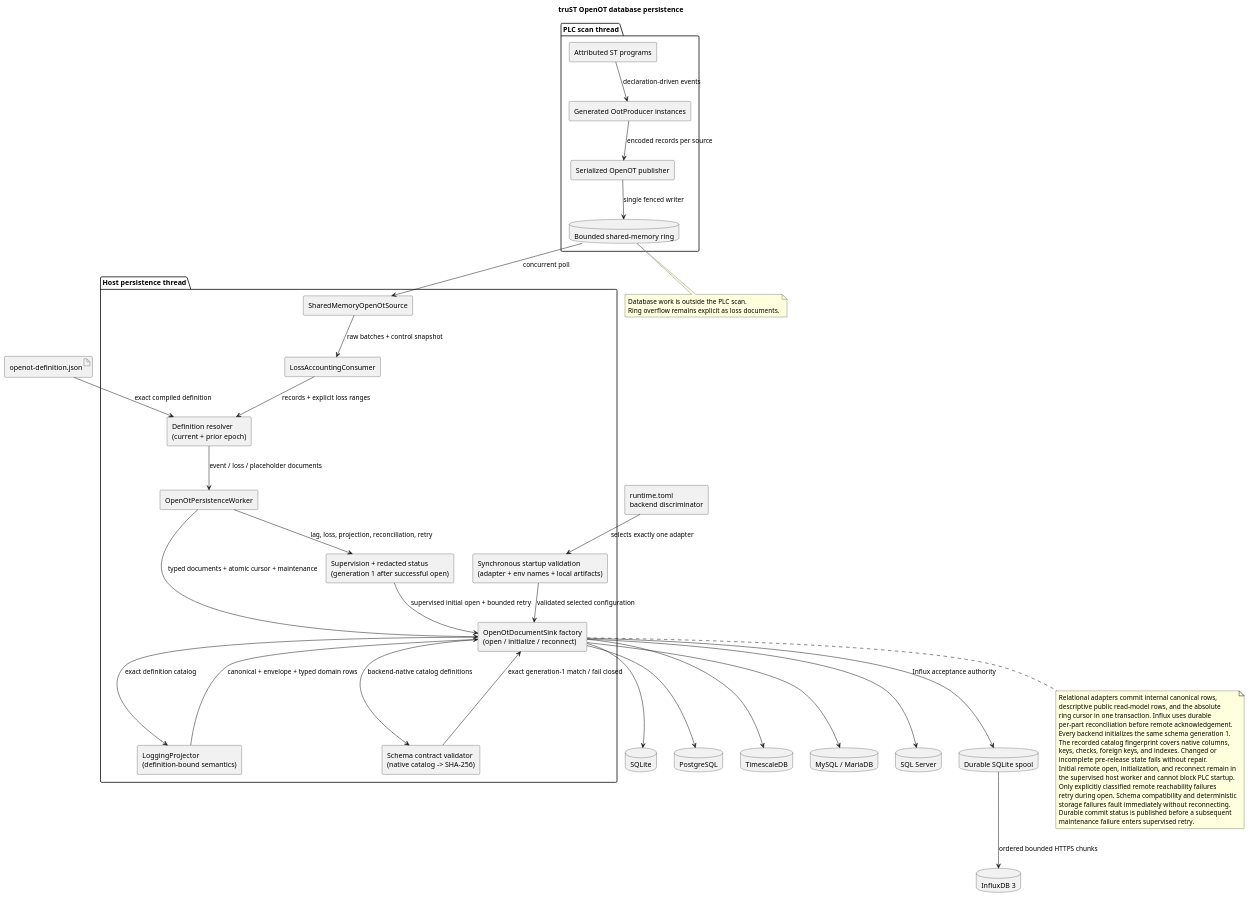
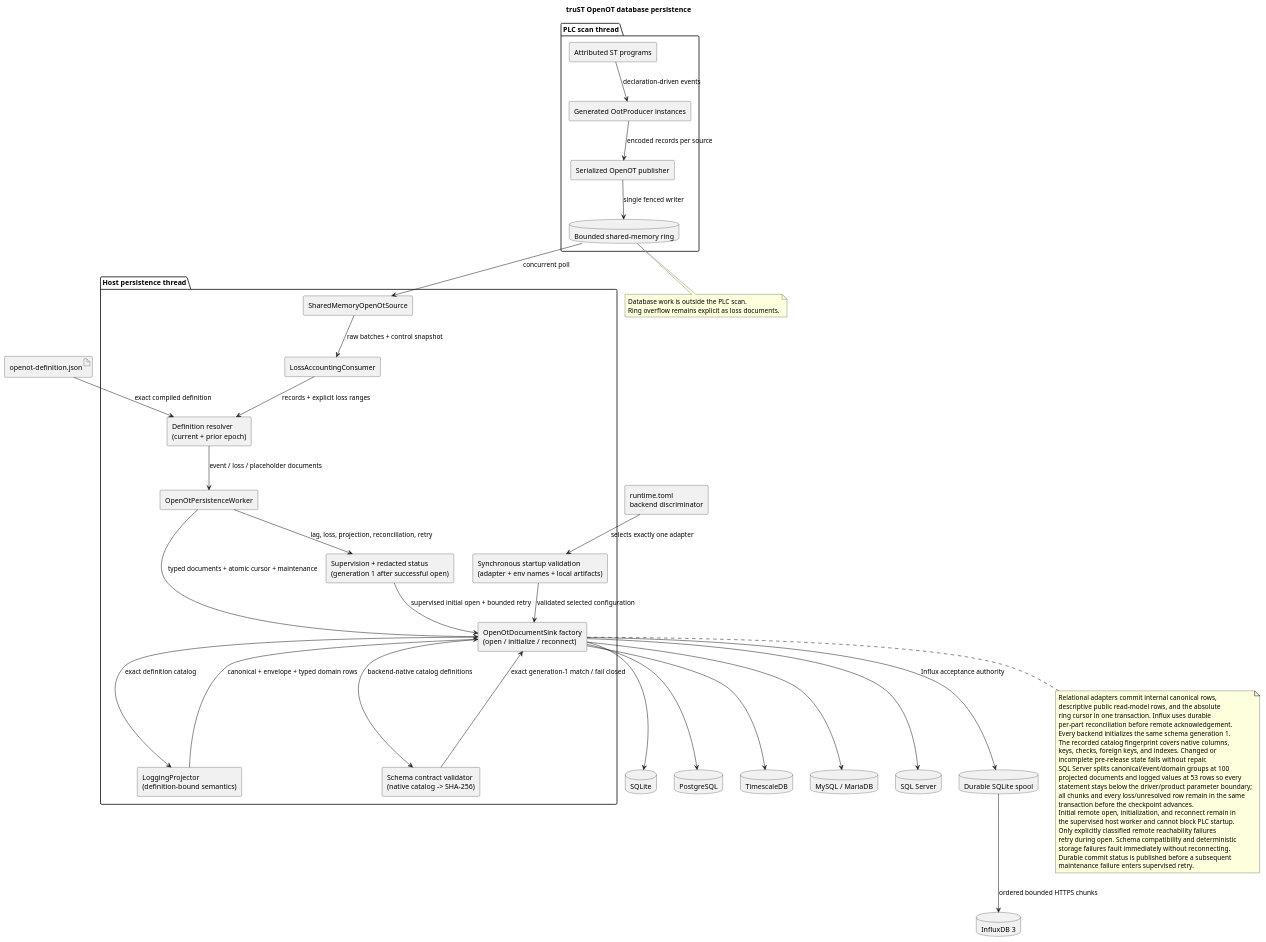
The diagram in docs/diagrams/architecture/openot-database-persistence.puml (johannesPettersson80/trust-platform), drawn with PlantUML before and after one commit. The commit also changed 21 other files, not shown here.

```diff
--- a/docs/diagrams/architecture/openot-database-persistence.puml
+++ b/docs/diagrams/architecture/openot-database-persistence.puml
@@ -1,82 +1,87 @@
 @startuml
 title truST OpenOT database persistence
 skinparam componentStyle rectangle
 
 package "PLC scan thread" {
   component "Attributed ST programs" as st
   component "Generated OotProducer instances" as producers
   component "Serialized OpenOT publisher" as publisher
   database "Bounded shared-memory ring" as ring
   st --> producers : declaration-driven events
   producers --> publisher : encoded records per source
   publisher --> ring : single fenced writer
 }
 
 package "Host persistence thread" {
   component "SharedMemoryOpenOtSource" as source
   component "LossAccountingConsumer" as loss
   component "Definition resolver\n(current + prior epoch)" as resolver
   component "OpenOtPersistenceWorker" as worker
   component "LoggingProjector\n(definition-bound semantics)" as projector
   component "Synchronous startup validation\n(adapter + env names + local artifacts)" as startup
   component "OpenOtDocumentSink factory\n(open / initialize / reconnect)" as factory
   component "Schema contract validator\n(native catalog -> SHA-256)" as schema
   component "Supervision + redacted status\n(generation 1 after successful open)" as status
   ring --> source : concurrent poll
   source --> loss : raw batches + control snapshot
   loss --> resolver : records + explicit loss ranges
   resolver --> worker : event / loss / placeholder documents
   startup --> factory : validated selected configuration
   status --> factory : supervised initial open + bounded retry
   worker --> factory : typed documents + atomic cursor + maintenance
   factory --> schema : backend-native catalog definitions
   schema --> factory : exact generation-1 match / fail closed
   factory --> projector : exact definition catalog
   projector --> factory : canonical + envelope + typed domain rows
   worker --> status : lag, loss, projection, reconciliation, retry
 }
 
 artifact "openot-definition.json" as definition
 component "runtime.toml\nbackend discriminator" as toml
 definition --> resolver : exact compiled definition
 toml --> startup : selects exactly one adapter
 
 database "SQLite" as sqlite
 database "PostgreSQL" as postgres
 database "TimescaleDB" as timescale
 database "MySQL / MariaDB" as mysql
 database "SQL Server" as sqlserver
 database "InfluxDB 3" as influx
 database "Durable SQLite spool" as spool
 
 factory --> sqlite
 factory --> postgres
 factory --> timescale
 factory --> mysql
 factory --> sqlserver
 factory --> spool : Influx acceptance authority
 spool --> influx : ordered bounded HTTPS chunks
 
 note bottom of ring
 Database work is outside the PLC scan.
 Ring overflow remains explicit as loss documents.
 end note
 
 note bottom of factory
 Relational adapters commit internal canonical rows,
 descriptive public read-model rows, and the absolute
 ring cursor in one transaction. Influx uses durable
 per-part reconciliation before remote acknowledgement.
 Every backend initializes the same schema generation 1.
 The recorded catalog fingerprint covers native columns,
 keys, checks, foreign keys, and indexes. Changed or
 incomplete pre-release state fails without repair.
+SQL Server splits canonical/event/domain groups at 100
+projected documents and logged values at 53 rows so every
+statement stays below the driver/product parameter boundary;
+all chunks and every loss/unresolved row remain in the same
+transaction before the checkpoint advances.
 Initial remote open, initialization, and reconnect remain in
 the supervised host worker and cannot block PLC startup.
 Only explicitly classified remote reachability failures
 retry during open. Schema compatibility and deterministic
 storage failures fault immediately without reconnecting.
 Durable commit status is published before a subsequent
 maintenance failure enters supervised retry.
 end note
 @enduml
```
